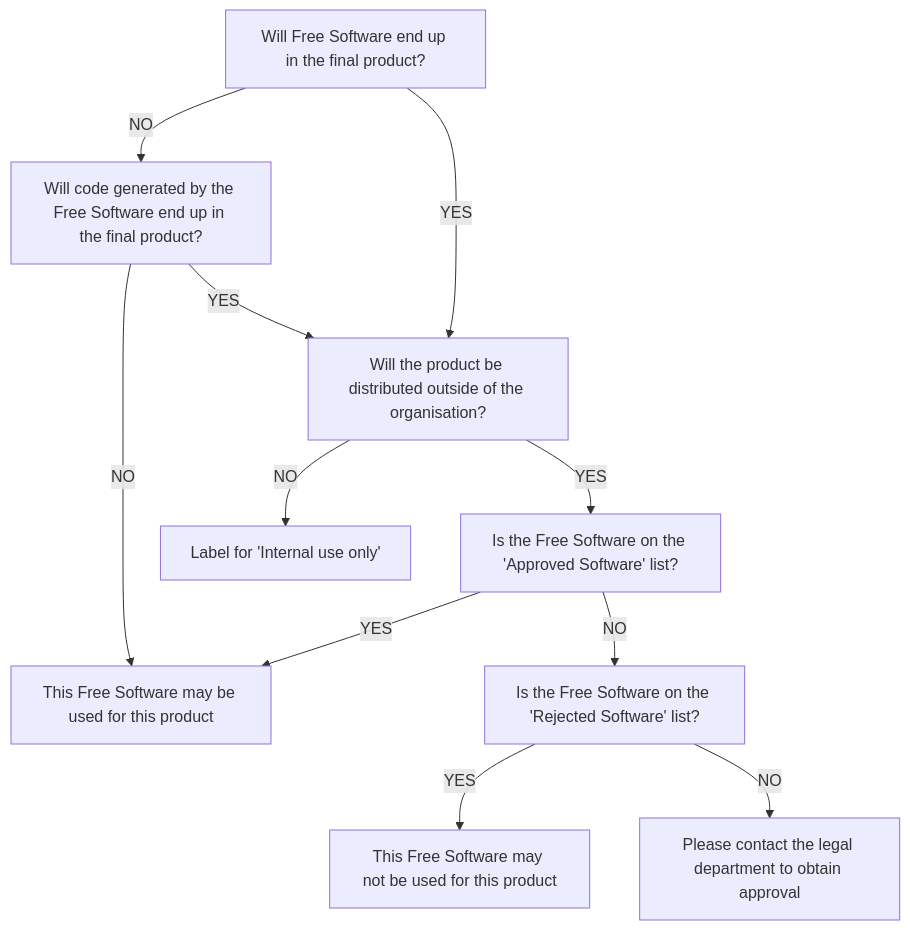
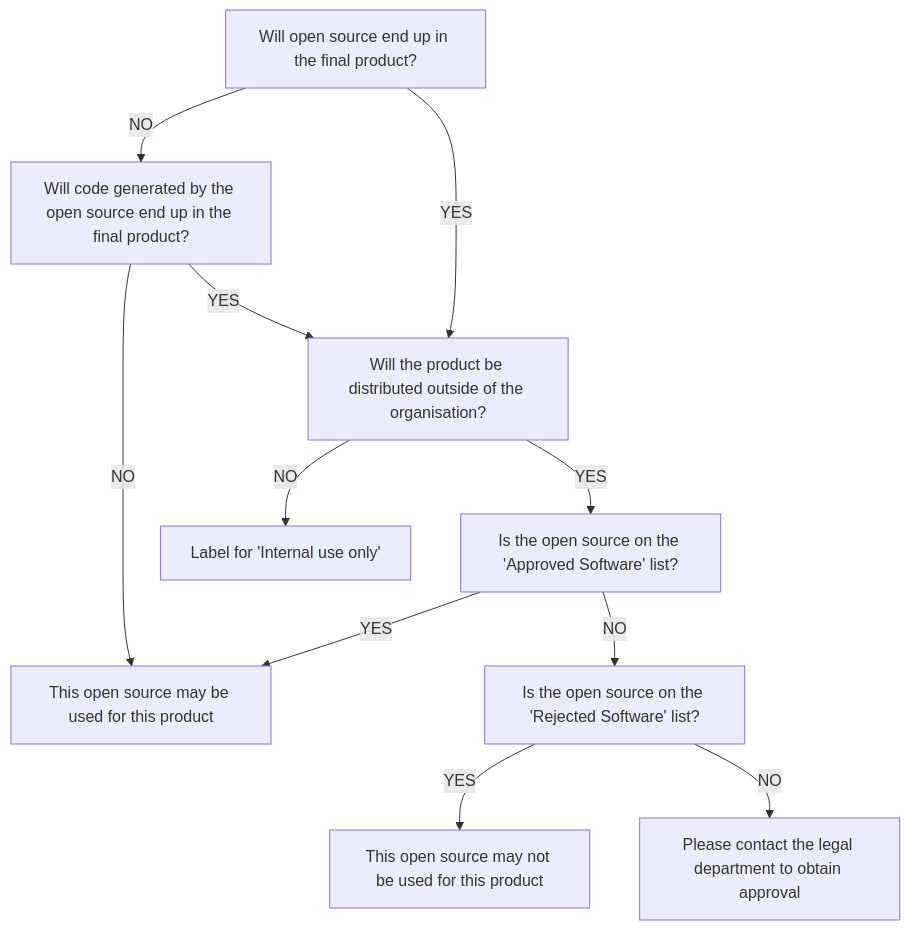
One commit to OpenChain-Project/Reference-Material changed the diagram in General-Compliance-Support-Material/Flowcharts/GPLv2-Compliance-Flowchats/2.0/en/Flowchart #0 - How Do I Distribute.md. Above: the diagram before and after it, drawn with Mermaid.

Commit message:
Update Flowchart #0 - How Do I Distribute.md
Updated language from "Free Software" to "open source" to follow project style consistently.

````diff
--- a/General-Compliance-Support-Material/Flowcharts/GPLv2-Compliance-Flowchats/2.0/en/Flowchart #0 - How Do I Distribute.md
+++ b/General-Compliance-Support-Material/Flowcharts/GPLv2-Compliance-Flowchats/2.0/en/Flowchart #0 - How Do I Distribute.md
@@ -2,14 +2,14 @@
 ```mermaid
 flowchart TD
-    A[Will Free Software end up in the final product?]
-    A --> |NO| B[Will code generated by the Free Software end up in the final product?]
+    A[Will open source end up in the final product?]
+    A --> |NO| B[Will code generated by the open source end up in the final product?]
     A --> |YES| C[Will the product be distributed outside of the organisation?]
     B --> |YES| C
-    C --> |YES| D[Is the Free Software on the 'Approved Software' list?]
+    C --> |YES| D[Is the open source on the 'Approved Software' list?]
     C --> |NO| E[Label for 'Internal use only']
-    D --> |YES| F[This Free Software may be used for this product]
+    D --> |YES| F[This open source may be used for this product]
     B --> |NO| F
-    D --> |NO| G[Is the Free Software on the 'Rejected Software' list?]
-    G --> |YES| H[This Free Software may not be used for this product]
+    D --> |NO| G[Is the open source on the 'Rejected Software' list?]
+    G --> |YES| H[This open source may not be used for this product]
     G --> |NO| I[Please contact the legal department to obtain approval]
 ```
````
